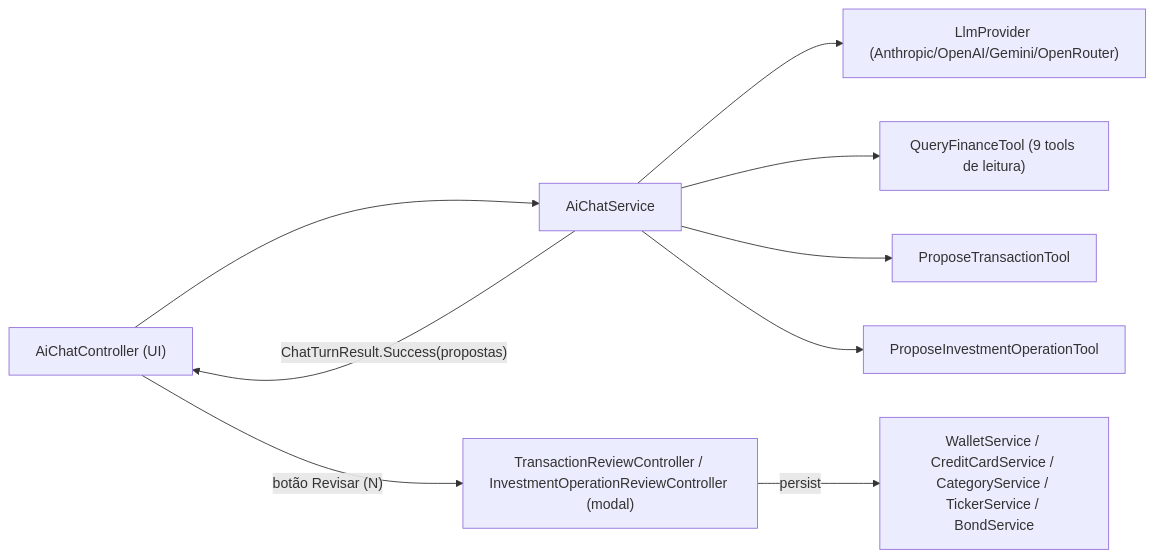
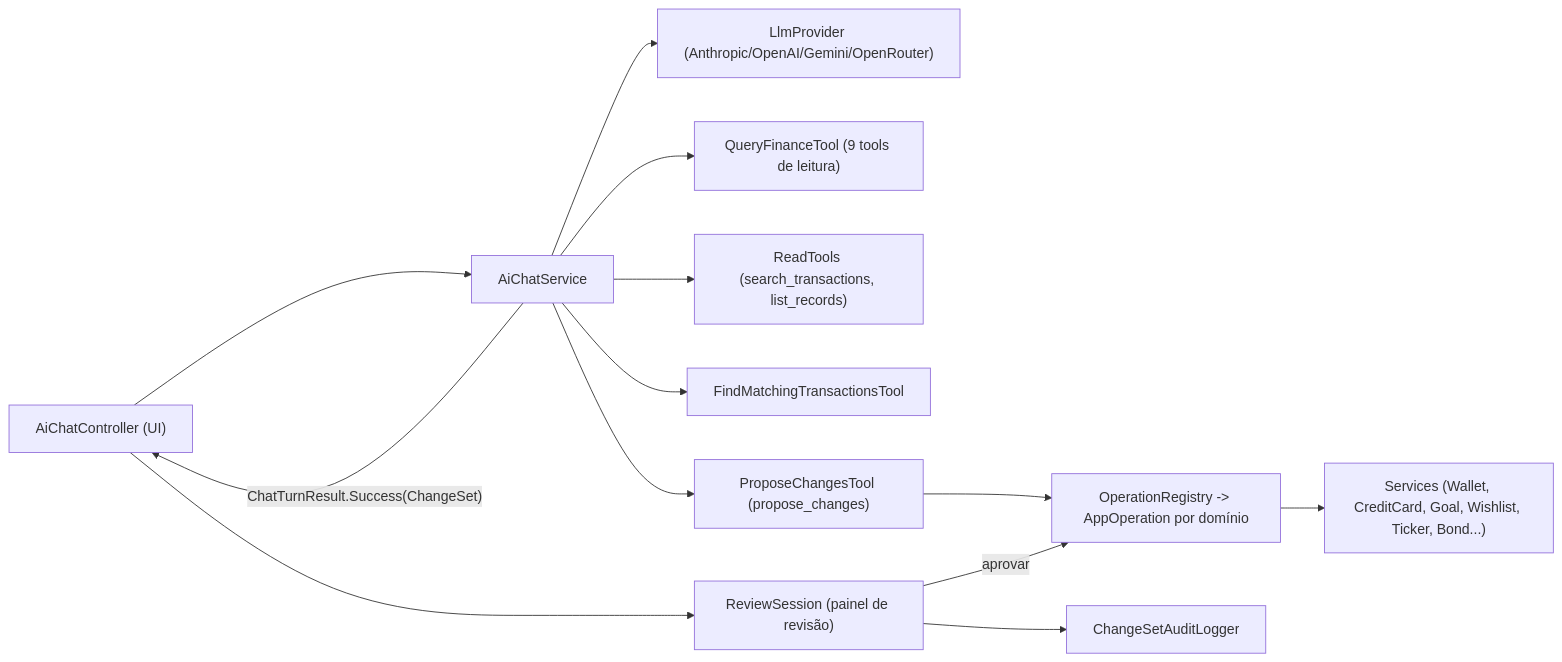
The diagram in .aidlc/codekb/MOINEX/areas/ai-agent.md (luk3rr/MOINEX), drawn with Mermaid before and after one commit. The commit also changed other lines of this file and 13 other files, not shown here.

````diff
--- a/.aidlc/codekb/MOINEX/areas/ai-agent.md
+++ b/.aidlc/codekb/MOINEX/areas/ai-agent.md
@@ -8,11 +8,15 @@
 ```mermaid
 flowchart LR
   UI["AiChatController (UI)"] --> Svc["AiChatService"]
   Svc --> Prov["LlmProvider (Anthropic/OpenAI/Gemini/OpenRouter)"]
-  Svc --> RT["QueryFinanceTool (9 tools de leitura)"]
-  Svc --> PT["ProposeTransactionTool"]
-  Svc --> PI["ProposeInvestmentOperationTool"]
-  Svc -->|"ChatTurnResult.Success(propostas)"| UI
-  UI -->|"botão Revisar (N)"| Rev["TransactionReviewController / InvestmentOperationReviewController (modal)"]
-  Rev -->|"persist"| WS["WalletService / CreditCardService / CategoryService / TickerService / BondService"]
+  Svc --> QF["QueryFinanceTool (9 tools de leitura)"]
+  Svc --> RT["ReadTools (search_transactions, list_records)"]
+  Svc --> FM["FindMatchingTransactionsTool"]
+  Svc --> PC["ProposeChangesTool (propose_changes)"]
+  PC --> Reg["OperationRegistry -> AppOperation por domínio"]
+  Svc -->|"ChatTurnResult.Success(ChangeSet)"| UI
+  UI --> RS["ReviewSession (painel de revisão)"]
+  RS -->|"aprovar"| Reg
+  Reg --> WS["Services (Wallet, CreditCard, Goal, Wishlist, Ticker, Bond...)"]
+  RS --> Aud["ChangeSetAuditLogger"]
 ```
````
